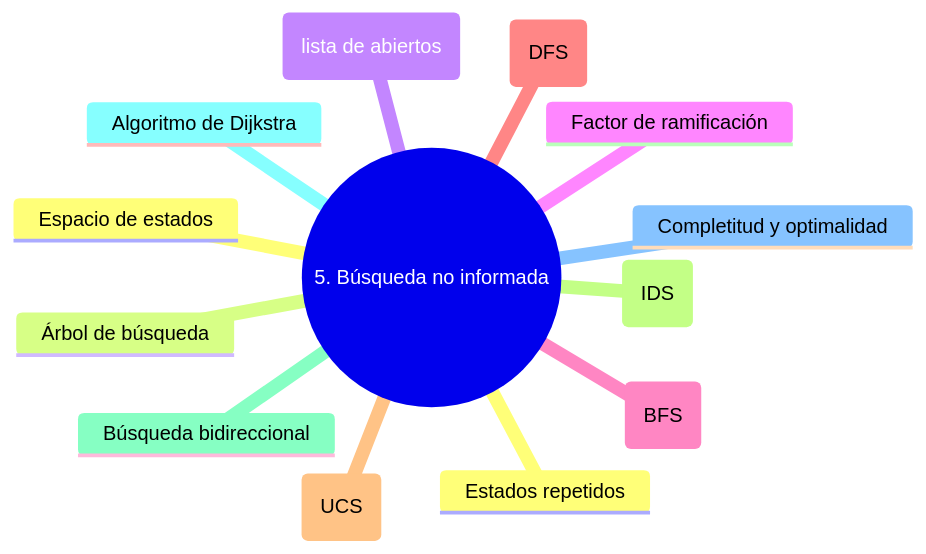
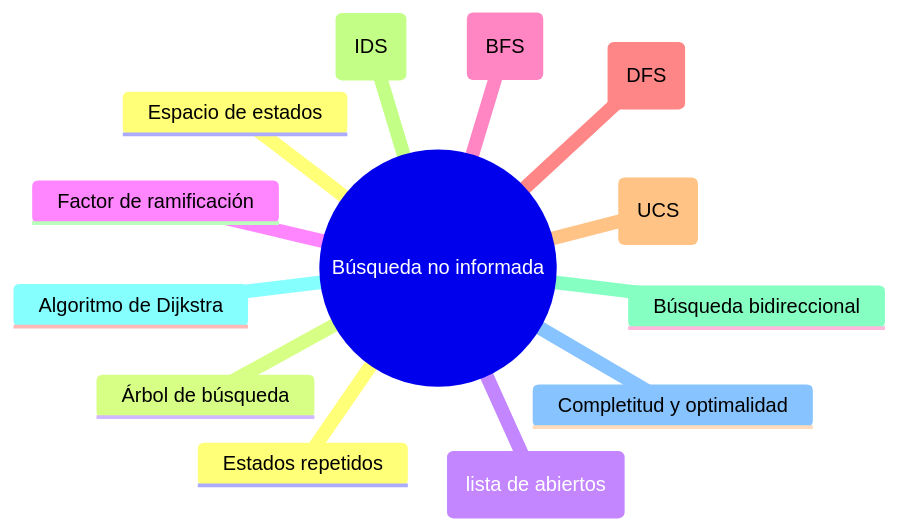
The fifth of 17 diagrams in src/src/data/blog/2026/05/es/glosario-razonamiento-planificacion.mdx (rgglez/rgglez-website), drawn with Mermaid before and after one commit. The commit also changed other lines of this file and 42 other files, not shown here.

````diff
--- a/src/src/data/blog/2026/05/es/glosario-razonamiento-planificacion.mdx
+++ b/src/src/data/blog/2026/05/es/glosario-razonamiento-planificacion.mdx
@@ -567,16 +581,16 @@
 ```mermaid
 mindmap
-  root((5. Búsqueda no informada))
+  root(("Búsqueda no informada"))
     Espacio de estados
     Árbol de búsqueda
     Frontera (lista de abiertos)
     Factor de ramificación
     Búsqueda en amplitud (BFS)
     Búsqueda en profundidad (DFS)
     Búsqueda de coste uniforme (UCS)
     Búsqueda en profundidad iterativa (IDS)
     Búsqueda bidireccional
     Algoritmo de Dijkstra
     Completitud y optimalidad
     Estados repetidos
 ```
````
